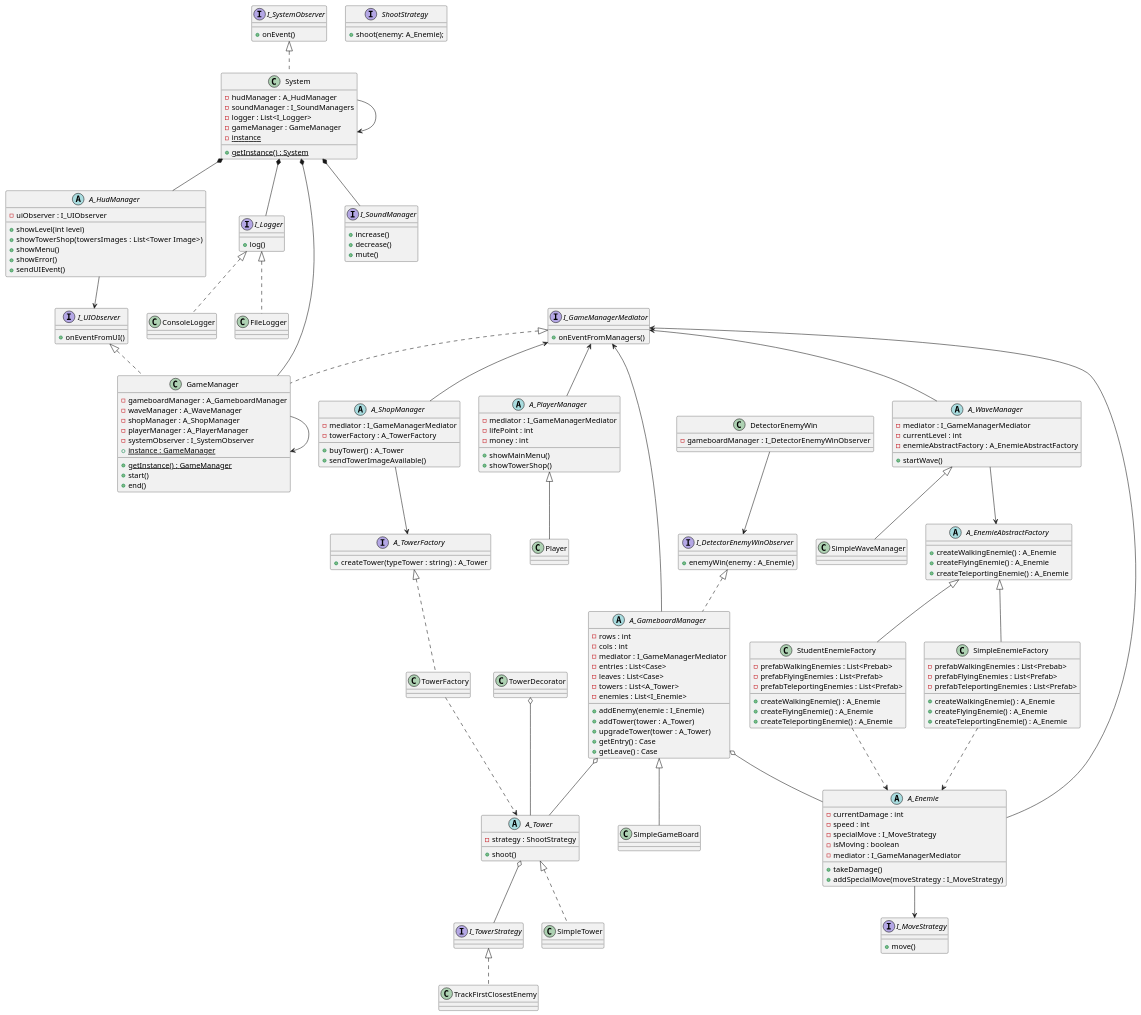
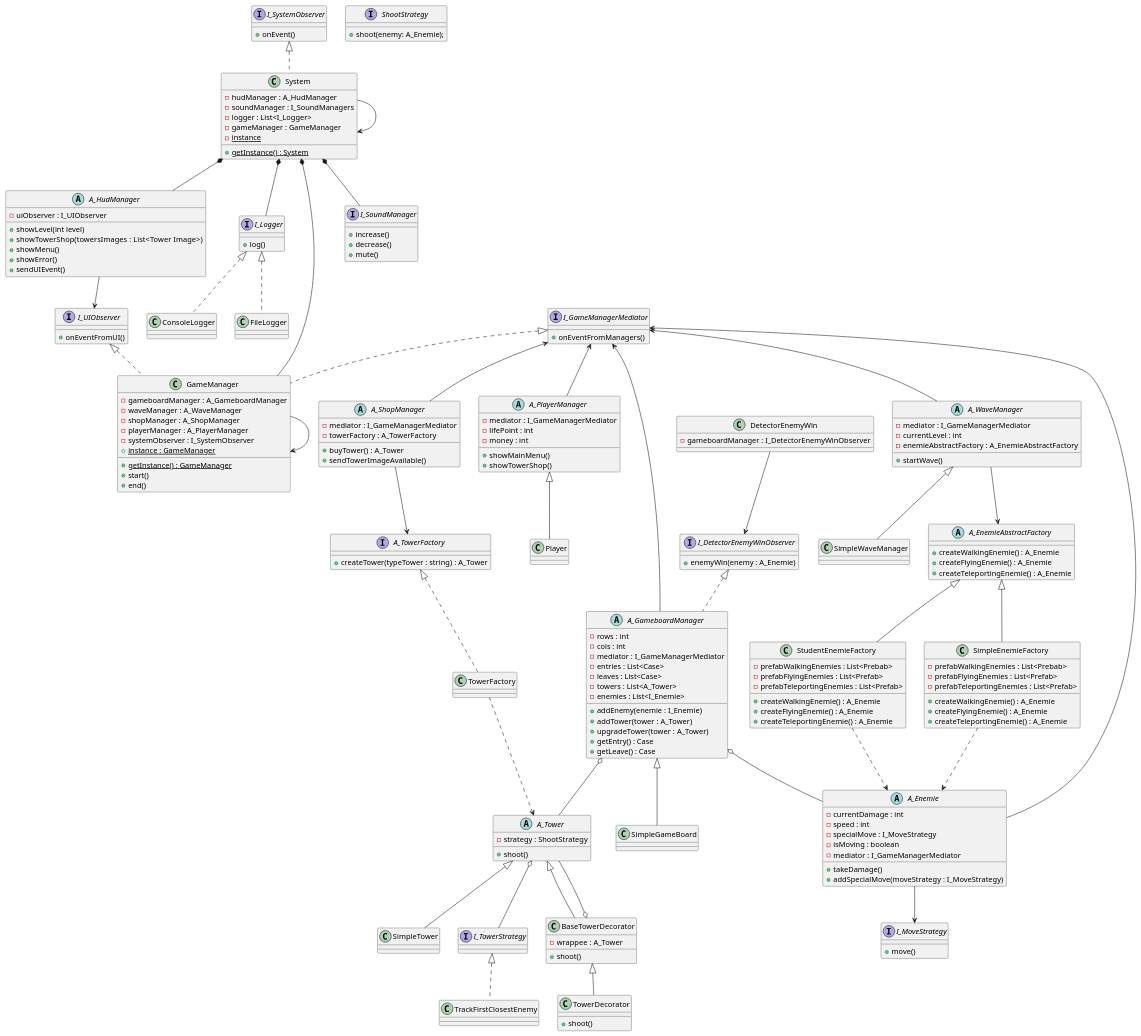
The diagram in uml.plantuml (bobylatruffe/tower_defense), drawn with PlantUML before and after one commit. The commit also changed 6 other files, not shown here.

```diff
--- a/uml.plantuml
+++ b/uml.plantuml
@@ -62,7 +62,17 @@
 }
 
 A_GameboardManager o-- A_Tower
-TowerDecorator o-- A_Tower
+BaseTowerDecorator o-- A_Tower
+
+class BaseTowerDecorator extends A_Tower {
+    - wrappee : A_Tower
+    + shoot()
+}
+
+class TowerDecorator extends BaseTowerDecorator {
+    + shoot()
+}
+
 /' A_GameboardManager *-- TowerDecorator '/
 /' A_GameboardManager --> TowerDecorator '/
 
@@ -184,7 +194,7 @@
     + shoot()
 }
 
-class SimpleTower implements A_Tower {
+class SimpleTower extends A_Tower {
     
 }
 
```
